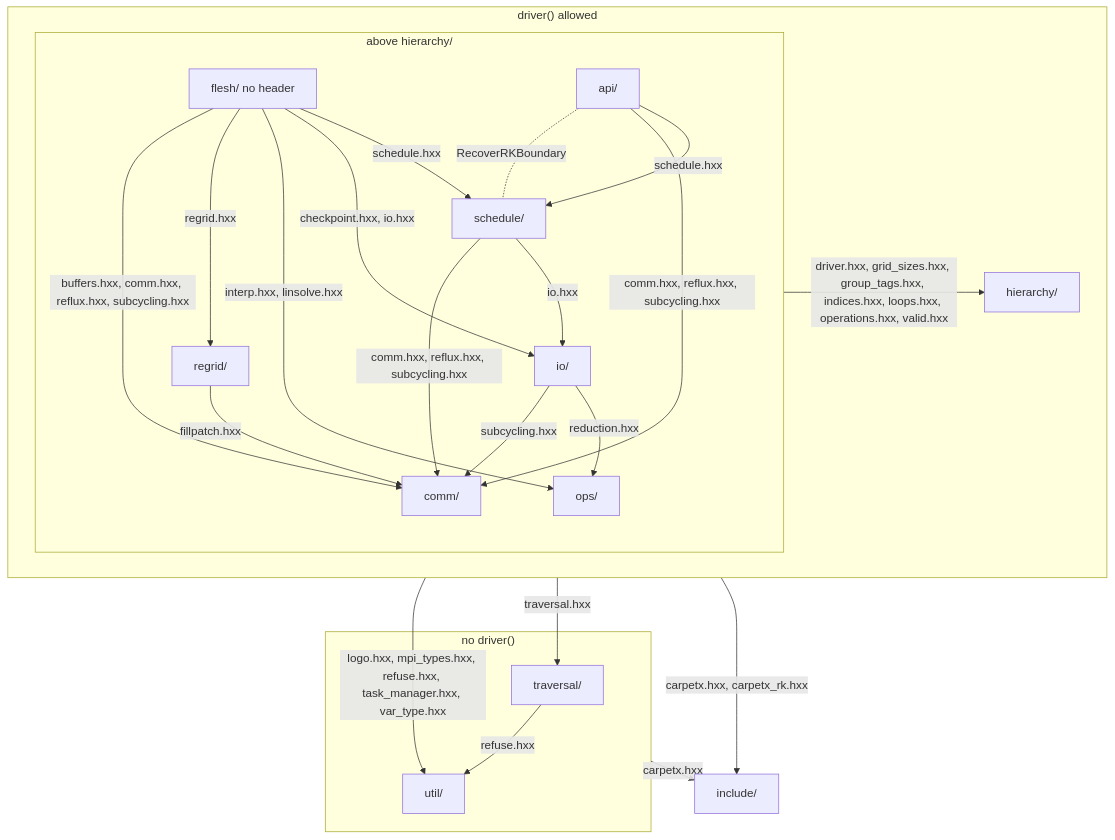
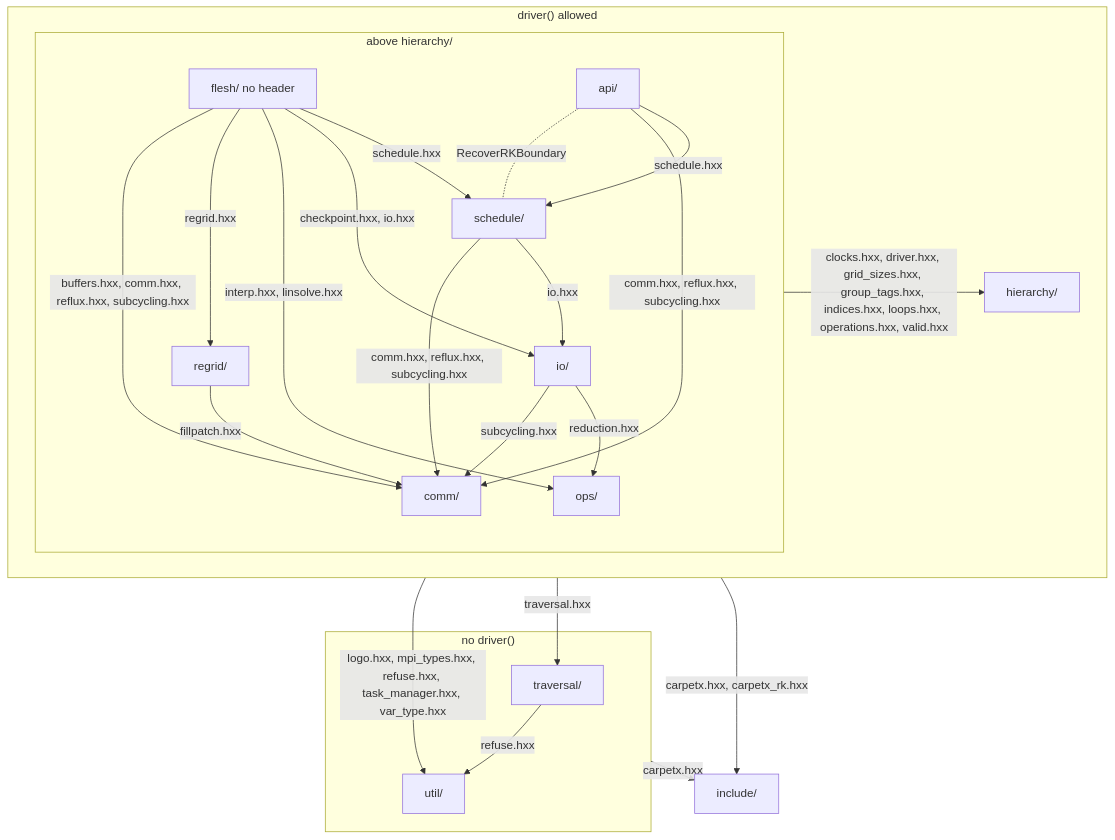
Before and after one commit to lwJi/CarpetX: the first of 3 diagrams in agent_docs/carpetx-internals.md, drawn with Mermaid. The commit also changed 12 other files, not shown here.

````diff
--- a/agent_docs/carpetx-internals.md
+++ b/agent_docs/carpetx-internals.md
@@ -7,39 +7,39 @@
 ```mermaid
 flowchart TB
   subgraph door["driver() allowed"]
     subgraph above["above hierarchy/"]
       flesh["flesh/ no header"]
       api["api/"]
       schedule["schedule/"]
       io["io/"]
       ops["ops/"]
       regrid["regrid/"]
       comm["comm/"]
     end
     hierarchy["hierarchy/"]
   end
   subgraph nodoor["no driver()"]
     traversal["traversal/"]
     util["util/"]
   end
   include["include/"]
   flesh -- "schedule.hxx" --> schedule
   flesh -- "checkpoint.hxx, io.hxx" --> io
   flesh -- "interp.hxx, linsolve.hxx" --> ops
   flesh -- "regrid.hxx" --> regrid
   flesh -- "buffers.hxx, comm.hxx, reflux.hxx, subcycling.hxx" --> comm
   api -- "schedule.hxx" --> schedule
   api -- "comm.hxx, reflux.hxx, subcycling.hxx" --> comm
   schedule -- "io.hxx" --> io
   schedule -- "comm.hxx, reflux.hxx, subcycling.hxx" --> comm
   io -- "reduction.hxx" --> ops
   io -- "subcycling.hxx" --> comm
   regrid -- "fillpatch.hxx" --> comm
   traversal -- "refuse.hxx" --> util
-  above -- "driver.hxx, grid_sizes.hxx, group_tags.hxx, indices.hxx, loops.hxx, operations.hxx, valid.hxx" --> hierarchy
+  above -- "clocks.hxx, driver.hxx, grid_sizes.hxx, group_tags.hxx, indices.hxx, loops.hxx, operations.hxx, valid.hxx" --> hierarchy
   door -- "traversal.hxx" --> traversal
   door -- "logo.hxx, mpi_types.hxx, refuse.hxx, task_manager.hxx, var_type.hxx" --> util
   door -- "carpetx.hxx, carpetx_rk.hxx" --> include
   nodoor -- "carpetx.hxx" --> include
   api -. "RecoverRKBoundary" .- schedule
 ```
````
